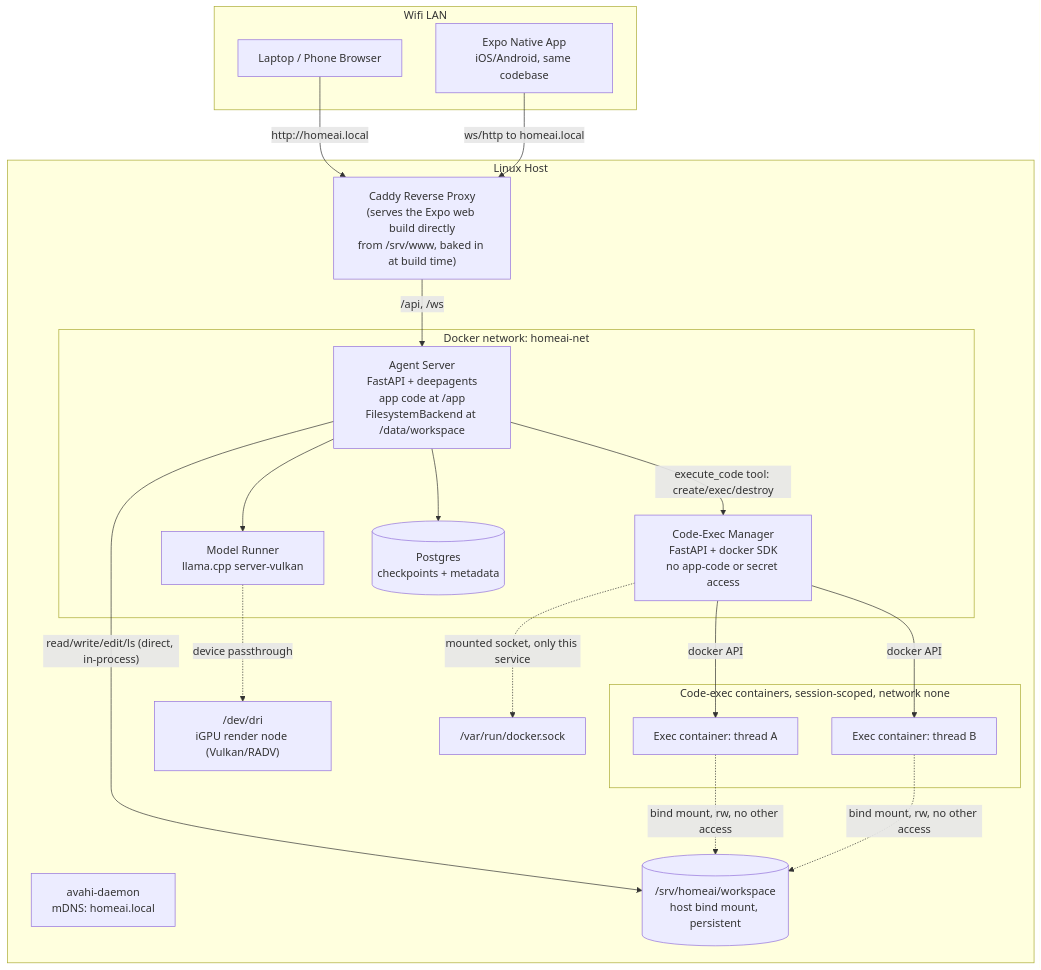
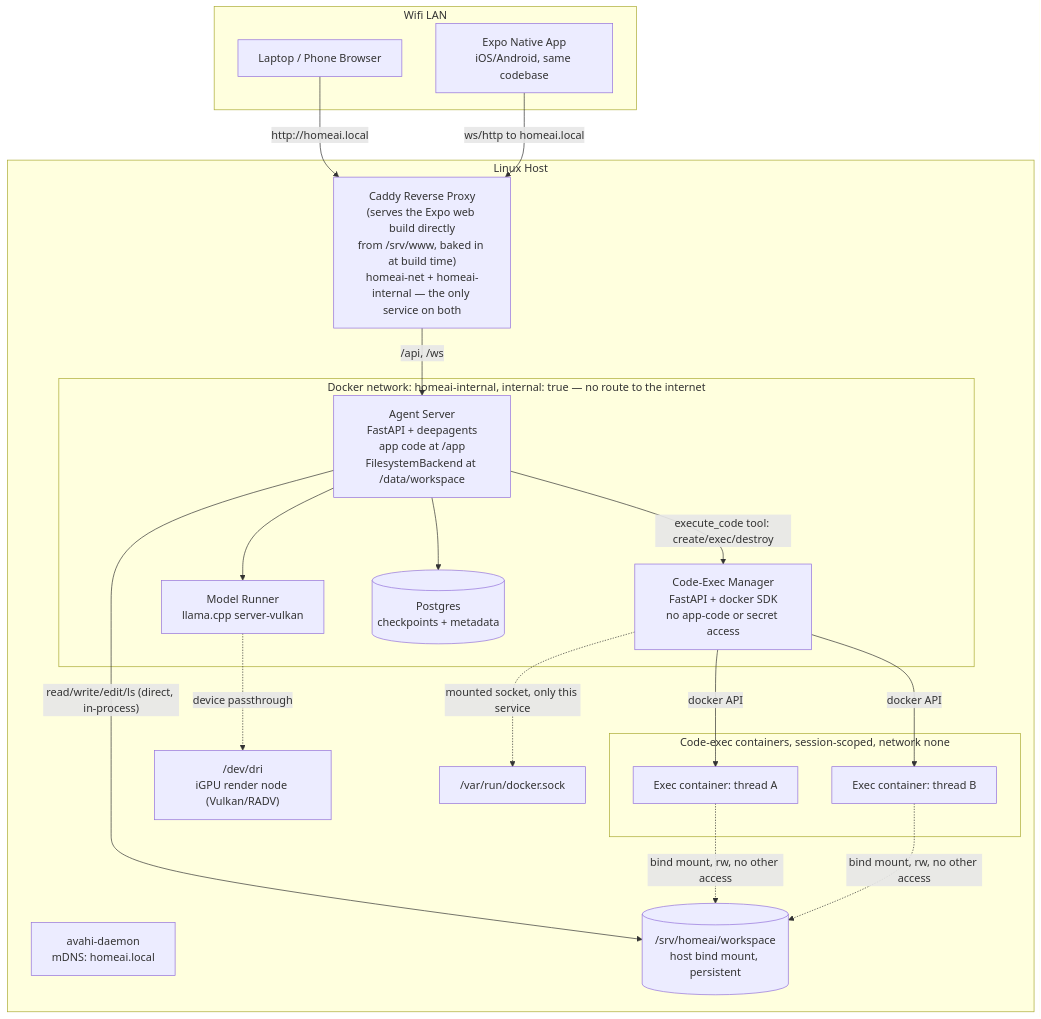
One commit to cucucachu/unnamed_local_ai_server changed the first of 3 diagrams in docs/ARCHITECTURE.md. Above: the diagram before and after it, drawn with Mermaid. The commit also changed other lines of this file and 5 other files, not shown here.

Commit message:
M7-01: internal-only service network, egress reserved for caddy/egress-proxy

````diff
--- a/docs/ARCHITECTURE.md
+++ b/docs/ARCHITECTURE.md
@@ -26,43 +26,43 @@
 ```mermaid
 flowchart TB
     subgraph lan [Wifi LAN]
         browser[Laptop / Phone Browser]
         nativeapp[Expo Native App\niOS/Android, same codebase]
     end
 
     browser -->|"http://homeai.local"| proxy
     nativeapp -->|"ws/http to homeai.local"| proxy
 
     subgraph host [Linux Host]
-        proxy["Caddy Reverse Proxy\n(serves the Expo web build directly\nfrom /srv/www, baked in at build time)"]
+        proxy["Caddy Reverse Proxy\n(serves the Expo web build directly\nfrom /srv/www, baked in at build time)\nhomeai-net + homeai-internal — the only service on both"]
         avahi[avahi-daemon\nmDNS: homeai.local]
 
-        subgraph dockernet [Docker network: homeai-net]
+        subgraph internalnet [Docker network: homeai-internal, internal: true — no route to the internet]
             agent["Agent Server\nFastAPI + deepagents\napp code at /app\nFilesystemBackend at /data/workspace"]
             execmgr[Code-Exec Manager\nFastAPI + docker SDK\nno app-code or secret access]
             model[Model Runner\nllama.cpp server-vulkan]
             pg[(Postgres\ncheckpoints + metadata)]
         end
 
         subgraph execpool [Code-exec containers, session-scoped, network none]
             exec1[Exec container: thread A]
             exec2[Exec container: thread B]
         end
 
         workspace[("/srv/homeai/workspace\nhost bind mount, persistent")]
         dri["/dev/dri\niGPU render node (Vulkan/RADV)"]
         dsock["/var/run/docker.sock"]
     end
 
     proxy -->|"/api, /ws"| agent
     agent --> model
     agent --> pg
     agent -->|"read/write/edit/ls (direct, in-process)"| workspace
     agent -->|"execute_code tool: create/exec/destroy"| execmgr
     execmgr -->|docker API| exec1
     execmgr -->|docker API| exec2
     execmgr -.->|mounted socket, only this service| dsock
     exec1 -.->|"bind mount, rw, no other access"| workspace
     exec2 -.->|"bind mount, rw, no other access"| workspace
     model -.->|device passthrough| dri
 ```
````
